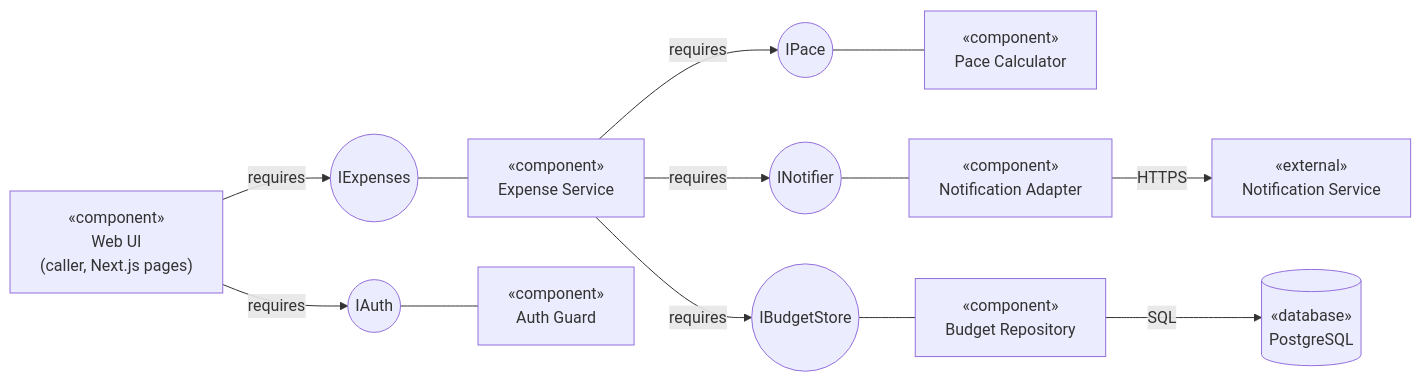
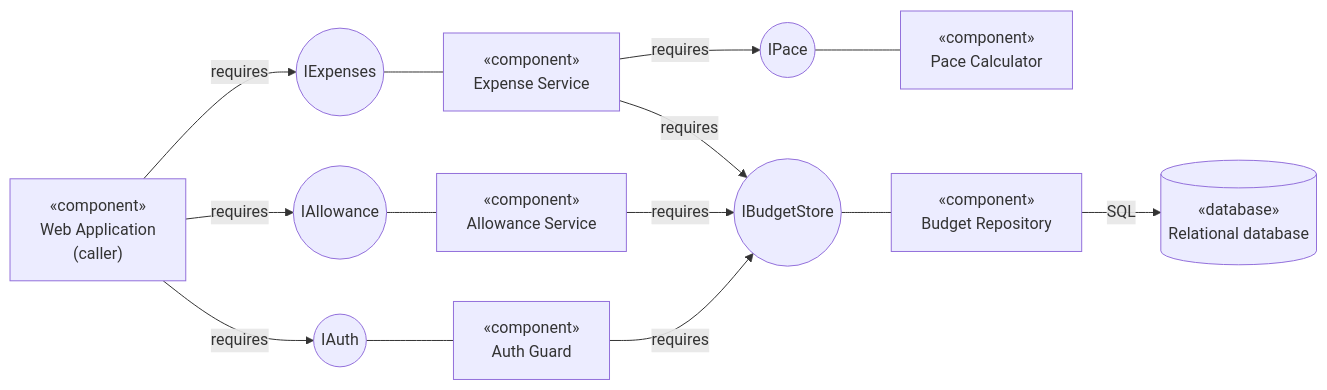
The diagram in docs/architecture/components.md (angelalegria626-maker/budget-tracker-ryzza), drawn with Mermaid before and after one commit. The commit also changed other lines of this file, not shown here.

````diff
--- a/docs/architecture/components.md
+++ b/docs/architecture/components.md
@@ -3,28 +3,28 @@
 ```mermaid
 flowchart LR
-  WEB["«component»<br/>Web UI<br/>(caller, Next.js pages)"]
+  WEB["«component»<br/>Web Application<br/>(caller)"]
   I1(("IExpenses"))
-  I2(("IAuth"))
+  I2(("IAllowance"))
+  I3(("IAuth"))
   ES["«component»<br/>Expense Service"]
+  AS["«component»<br/>Allowance Service"]
   AG["«component»<br/>Auth Guard"]
-  I3(("IPace"))
+  I4(("IPace"))
   PC["«component»<br/>Pace Calculator"]
-  I4(("INotifier"))
-  NA["«component»<br/>Notification Adapter"]
   I5(("IBudgetStore"))
   REPO["«component»<br/>Budget Repository"]
-  EXT["«external»<br/>Notification Service"]
-  DBX[("«database»<br/>PostgreSQL")]
+  DBX[("«database»<br/>Relational database")]
   WEB -- requires --> I1
   WEB -- requires --> I2
+  WEB -- requires --> I3
   I1 --- ES
-  I2 --- AG
-  ES -- requires --> I3
+  I2 --- AS
+  I3 --- AG
   ES -- requires --> I4
   ES -- requires --> I5
-  I3 --- PC
-  I4 --- NA
+  AS -- requires --> I5
+  AG -- requires --> I5
+  I4 --- PC
   I5 --- REPO
-  NA -- HTTPS --> EXT
   REPO -- SQL --> DBX
 ```
````
